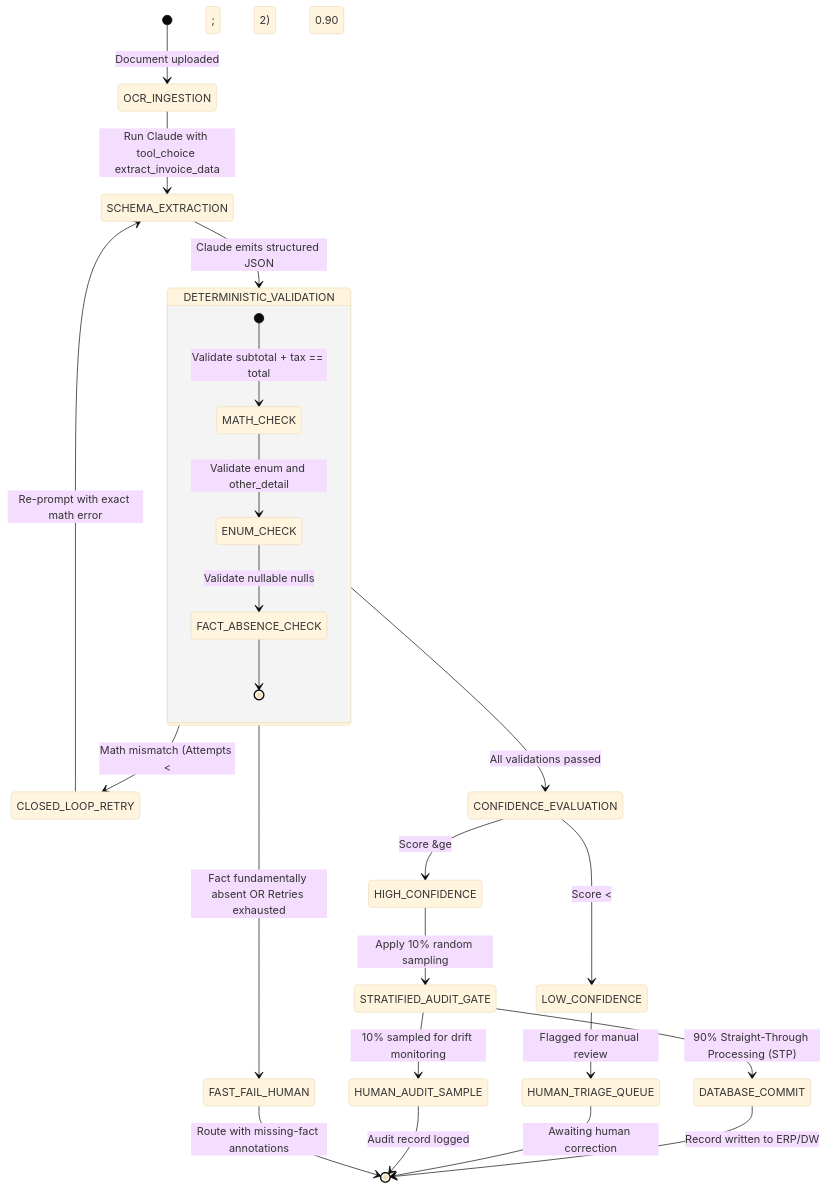
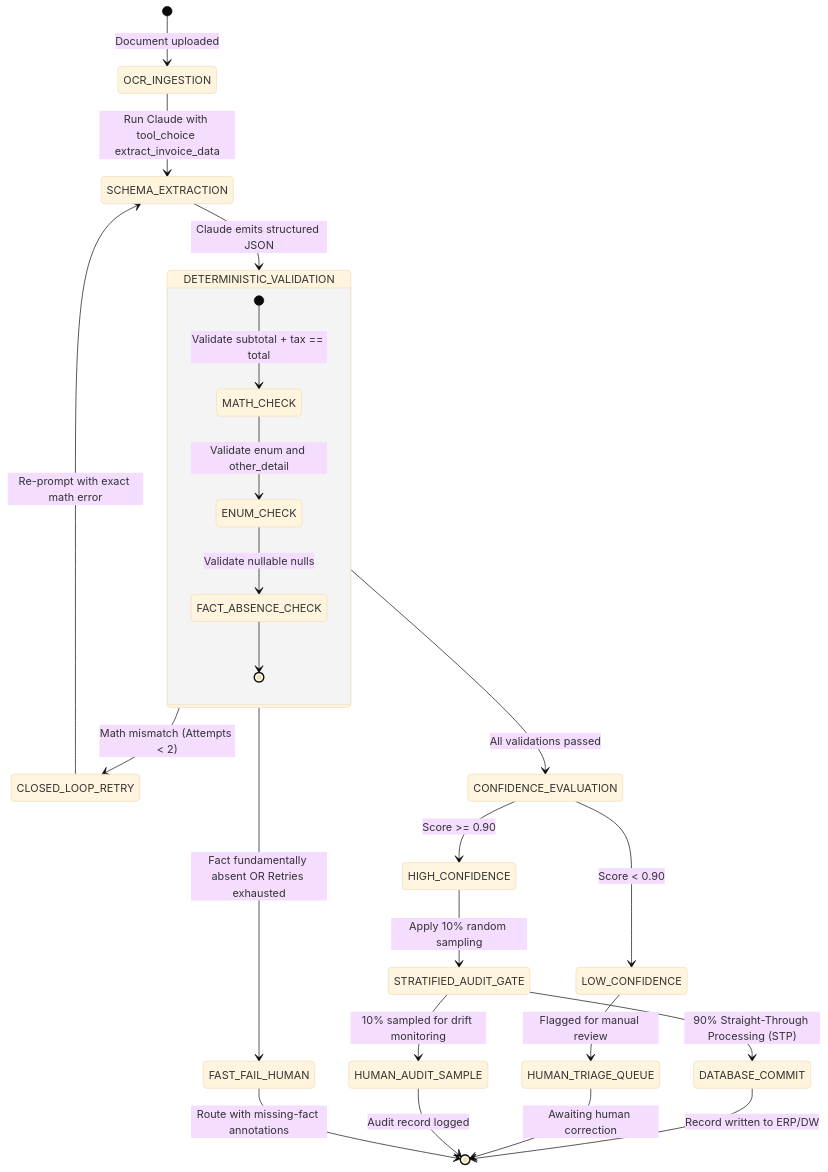
Before and after one commit to dip4k/claude_cert_architect_foundation_prep: the third of 3 diagrams in scenarios/scenario_6_structured_data_extraction/SCENARIO_GUIDE.md, drawn with Mermaid (base theme). The commit also changed other lines of this file and 31 other files, not shown here.

Commit message:
docs: standardize October 2026 Mermaid syntax, align Domain 5 to official 15% weight, and enrich Prompt Caching architecture

````diff
--- a/scenarios/scenario_6_structured_data_extraction/SCENARIO_GUIDE.md
+++ b/scenarios/scenario_6_structured_data_extraction/SCENARIO_GUIDE.md
@@ -345,35 +345,35 @@
 ```mermaid
 stateDiagram-v2
     [*] --> OCR_INGESTION: Document uploaded
     OCR_INGESTION --> SCHEMA_EXTRACTION: Run Claude with tool_choice extract_invoice_data
     
     SCHEMA_EXTRACTION --> DETERMINISTIC_VALIDATION: Claude emits structured JSON
     
     state DETERMINISTIC_VALIDATION {
         [*] --> MATH_CHECK: Validate subtotal + tax == total
         MATH_CHECK --> ENUM_CHECK: Validate enum and other_detail
         ENUM_CHECK --> FACT_ABSENCE_CHECK: Validate nullable nulls
         FACT_ABSENCE_CHECK --> [*]
     }
     
-    DETERMINISTIC_VALIDATION --> CLOSED_LOOP_RETRY: Math mismatch (Attempts &lt; 2)
+    DETERMINISTIC_VALIDATION --> CLOSED_LOOP_RETRY: Math mismatch (Attempts < 2)
     CLOSED_LOOP_RETRY --> SCHEMA_EXTRACTION: Re-prompt with exact math error
     
     DETERMINISTIC_VALIDATION --> FAST_FAIL_HUMAN: Fact fundamentally absent OR Retries exhausted
     
     DETERMINISTIC_VALIDATION --> CONFIDENCE_EVALUATION: All validations passed
     
-    CONFIDENCE_EVALUATION --> HIGH_CONFIDENCE: Score &ge; 0.90
-    CONFIDENCE_EVALUATION --> LOW_CONFIDENCE: Score &lt; 0.90
+    CONFIDENCE_EVALUATION --> HIGH_CONFIDENCE: Score >= 0.90
+    CONFIDENCE_EVALUATION --> LOW_CONFIDENCE: Score < 0.90
     
     LOW_CONFIDENCE --> HUMAN_TRIAGE_QUEUE: Flagged for manual review
     
     HIGH_CONFIDENCE --> STRATIFIED_AUDIT_GATE: Apply 10% random sampling
     STRATIFIED_AUDIT_GATE --> HUMAN_AUDIT_SAMPLE: 10% sampled for drift monitoring
     STRATIFIED_AUDIT_GATE --> DATABASE_COMMIT: 90% Straight-Through Processing (STP)
     
     DATABASE_COMMIT --> [*]: Record written to ERP/DW
     HUMAN_TRIAGE_QUEUE --> [*]: Awaiting human correction
     HUMAN_AUDIT_SAMPLE --> [*]: Audit record logged
     FAST_FAIL_HUMAN --> [*]: Route with missing-fact annotations
 ```
````
